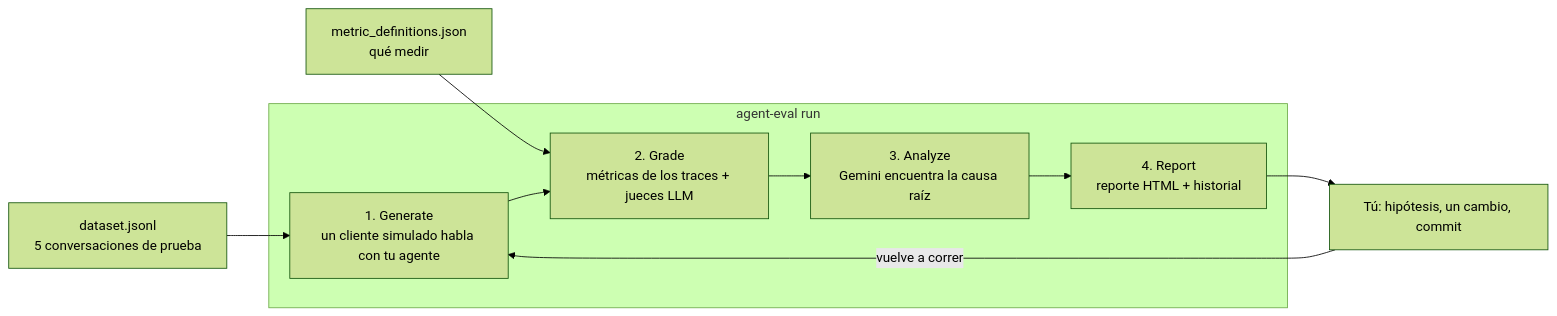
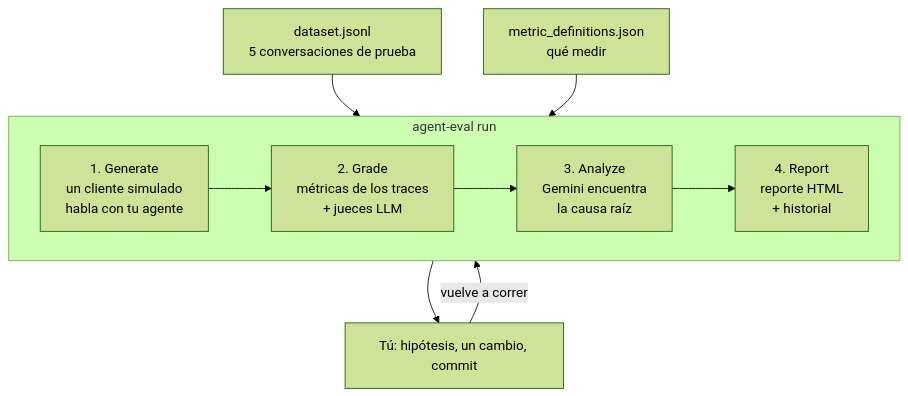
Before and after one commit to danielazamorah/professional-services: the diagram in tools/agent-eval/examples/workshop/README.es.md, drawn with Mermaid (forest theme). The commit also changed 1 other file, not shown here.

Commit message:
docs(agent-eval workshop): compact pipeline diagram

````diff
--- a/tools/agent-eval/examples/workshop/README.es.md
+++ b/tools/agent-eval/examples/workshop/README.es.md
@@ -49,12 +49,13 @@
 ```mermaid
-flowchart LR
+flowchart TB
     D["dataset.jsonl<br/>5 conversaciones de prueba"] --> G
     M["metric_definitions.json<br/>qué medir"] --> GR
     subgraph RUN["agent-eval run"]
-        G["1. Generate<br/>un cliente simulado habla con tu agente"] --> GR["2. Grade<br/>métricas de los traces + jueces LLM"]
-        GR --> A["3. Analyze<br/>Gemini encuentra la causa raíz"]
-        A --> R["4. Report<br/>reporte HTML + historial"]
+        direction LR
+        G["1. Generate<br/>un cliente simulado<br/>habla con tu agente"] --> GR["2. Grade<br/>métricas de los traces<br/>+ jueces LLM"]
+        GR --> A["3. Analyze<br/>Gemini encuentra<br/>la causa raíz"]
+        A --> R["4. Report<br/>reporte HTML<br/>+ historial"]
     end
     R --> H["Tú: hipótesis, un cambio, commit"]
     H -->|vuelve a correr| G
 ```
````
